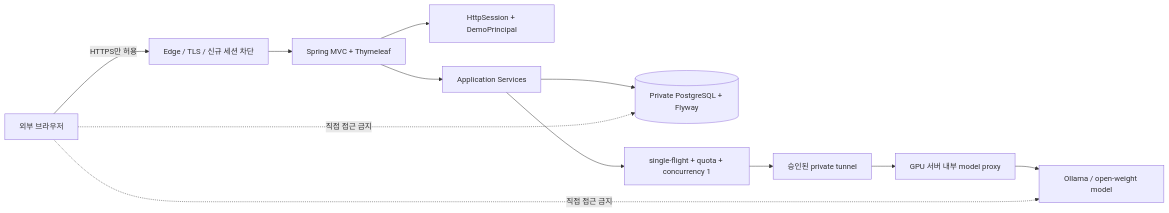
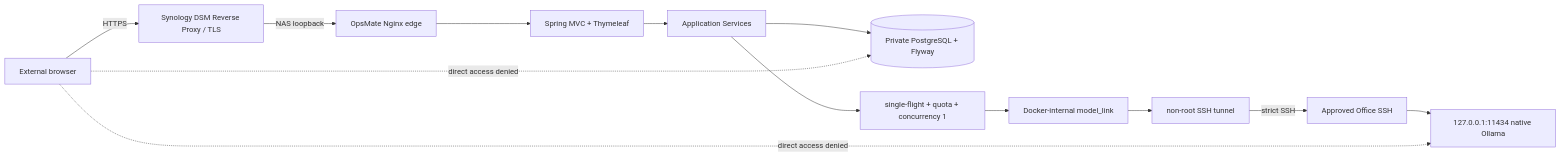
One commit to son1004007/engineering-career-portfolio changed the diagram in 02_projects/opsmate-local/docs/PUBLIC_DEMO.md. Above: the diagram before and after it, drawn with Mermaid. The commit also changed other lines of this file and 29 other files, not shown here.

First line of the commit message:
docs: prepare OpsMate public deployment gate (#11)

````diff
--- a/02_projects/opsmate-local/docs/PUBLIC_DEMO.md
+++ b/02_projects/opsmate-local/docs/PUBLIC_DEMO.md
@@ -26,15 +14,16 @@
 ```mermaid
 flowchart LR
-    B["외부 브라우저"] -->|"HTTPS만 허용"| EDGE["Edge / TLS / 신규 세션 차단"]
+    B["External browser"] -->|"HTTPS"| DSM["Synology DSM Reverse Proxy / TLS"]
+    DSM -->|"NAS loopback"| EDGE["OpsMate Nginx edge"]
     EDGE --> WEB["Spring MVC + Thymeleaf"]
-    WEB --> SESSION["HttpSession + DemoPrincipal"]
     WEB --> APP["Application Services"]
     APP --> DB[("Private PostgreSQL + Flyway")]
     APP --> GUARD["single-flight + quota + concurrency 1"]
-    GUARD --> LINK["승인된 private tunnel"]
-    LINK --> PROXY["GPU 서버 내부 model proxy"]
-    PROXY --> OLLAMA["Ollama / open-weight model"]
+    GUARD --> LINK["Docker-internal model_link"]
+    LINK --> TUNNEL["non-root SSH tunnel"]
+    TUNNEL -->|"strict SSH"| OFFICE["Approved Office SSH"]
+    OFFICE --> OLLAMA["127.0.0.1:11434 native Ollama"]
 
-    B -. "직접 접근 금지" .-> DB
-    B -. "직접 접근 금지" .-> OLLAMA
+    B -. "direct access denied" .-> DB
+    B -. "direct access denied" .-> OLLAMA
 ```
````
